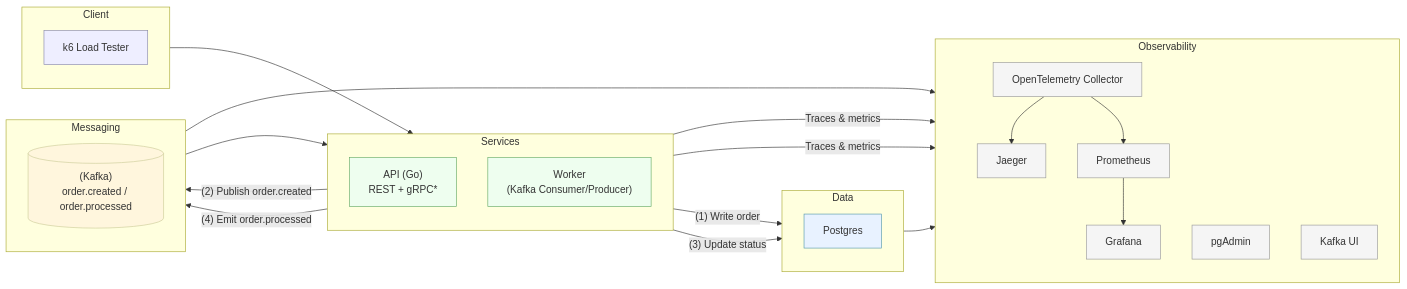
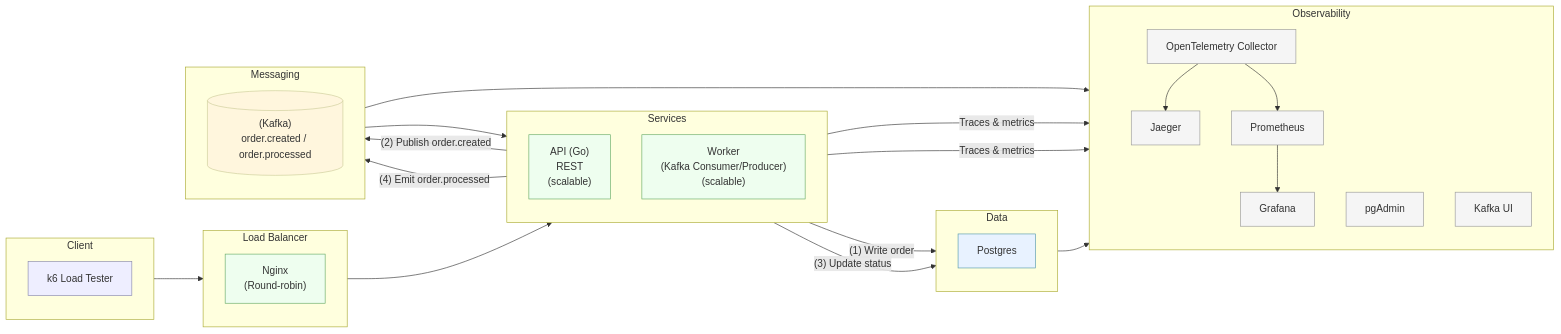
One commit to dejobratic/tbd changed the diagram in README.md. Above: the diagram before and after it, drawn with Mermaid. The commit also changed other lines of this file, not shown here.

````diff
--- a/README.md
+++ b/README.md
@@ -24,63 +24,70 @@
 ```mermaid
 flowchart LR
     %% Overall direction
     %% Styles (optional; safe defaults)
     classDef client fill:#eef,stroke:#88a;
     classDef services fill:#eefeef,stroke:#6a6;
     classDef messaging fill:#fff6dd,stroke:#cc9;
     classDef data fill:#e8f2ff,stroke:#59a;
     classDef observ fill:#f5f5f5,stroke:#999;
 
     %% Client
     subgraph client[Client]
         direction TB
         k6["k6 Load Tester"]:::client
     end
 
+    %% Load Balancer
+    subgraph lb[Load Balancer]
+        direction TB
+        nginx["Nginx<br/>(Round-robin)"]:::services
+    end
+
     %% Core services
     subgraph services[Services]
         direction TB
-        api["API (Go)<br/>REST + gRPC*"]:::services
-        worker["Worker<br/>(Kafka Consumer/Producer)"]:::services
+        api["API (Go)<br/>REST<br/>(scalable)"]:::services
+        worker["Worker<br/>(Kafka Consumer/Producer)<br/>(scalable)"]:::services
     end
 
     %% Messaging
     subgraph msg[Messaging]
         direction TB
         kafka[("(Kafka)<br/>order.created / order.processed")]:::messaging
     end
 
     %% Data
     subgraph data[Data]
         direction TB
         postgres["Postgres"]:::data
     end
 
     %% Observability
     subgraph obs[Observability]
         direction TB
         otel["OpenTelemetry Collector"]:::observ
         jaeger["Jaeger"]:::observ
         prometheus["Prometheus"]:::observ
         grafana["Grafana"]:::observ
         pgadmin["pgAdmin"]:::observ
         kafkaui["Kafka UI"]:::observ
     end
 
     %% Happy-path flow
-    k6 --> api
+    k6 --> nginx
+    nginx --> api
     api -->|"(1) Write order"| postgres
     api -->|"(2) Publish order.created"| kafka
     kafka --> worker
     worker -->|"(3) Update status"| postgres
     worker -->|"(4) Emit order.processed"| kafka
 
     %% Telemetry & UIs
     api -->|"Traces & metrics"| otel
     worker -->|"Traces & metrics"| otel
     otel --> jaeger
     otel --> prometheus
     prometheus --> grafana
     postgres --> pgadmin
     kafka --> kafkaui
 ```
````
